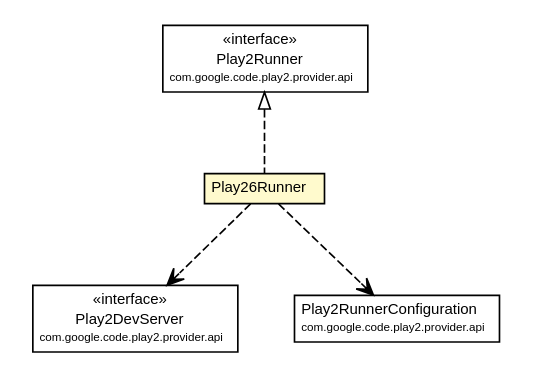
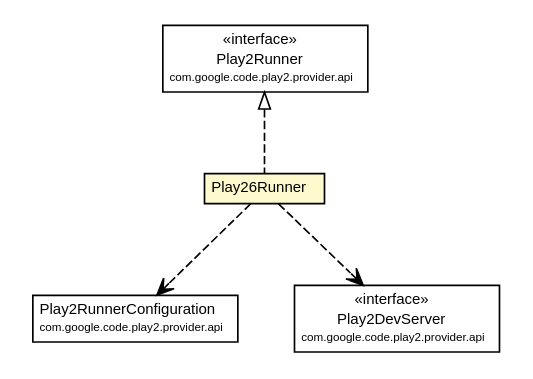
Before and after one commit to play2-maven-plugin/play2-maven-plugin.github.io: the diagram in play2-maven-plugin/1.0.0-beta8-SNAPSHOT/play2-providers/play2-provider-play26/apidocs/com/google/code/play2/provider/play26/Play26Runner.dot, drawn with Graphviz. The commit also changed 548 other files, not shown here.

```diff
--- a/play2-maven-plugin/1.0.0-beta8-SNAPSHOT/play2-providers/play2-provider-play26/apidocs/com/google/code/play2/provider/play26/Play26Runner.dot
+++ b/play2-maven-plugin/1.0.0-beta8-SNAPSHOT/play2-providers/play2-provider-play26/apidocs/com/google/code/play2/provider/play26/Play26Runner.dot
@@ -1,47 +1,47 @@
 #!/usr/local/bin/dot
 #
 # Class diagram 
 # Generated by UMLGraph version R5_6-24-gf6e263 (http://www.umlgraph.org/)
 #
 
 digraph G {
 	edge [fontname="arial",fontsize=10,labelfontname="arial",labelfontsize=10];
 	node [fontname="arial",fontsize=10,shape=plaintext];
 	nodesep=0.25;
 	ranksep=0.5;
 	// com.google.code.play2.provider.play26.Play26Runner
-	c451 [label=<<table title="com.google.code.play2.provider.play26.Play26Runner" border="0" cellborder="1" cellspacing="0" cellpadding="2" port="p" bgcolor="lemonChiffon" href="./Play26Runner.html">
+	c450 [label=<<table title="com.google.code.play2.provider.play26.Play26Runner" border="0" cellborder="1" cellspacing="0" cellpadding="2" port="p" bgcolor="lemonChiffon" href="./Play26Runner.html">
 		<tr><td><table border="0" cellspacing="0" cellpadding="1">
 <tr><td align="center" balign="center"> Play26Runner </td></tr>
 		</table></td></tr>
 		</table>>, URL="./Play26Runner.html", fontname="arial", fontcolor="black", fontsize=9.0];
 	//com.google.code.play2.provider.play26.Play26Runner implements com.google.code.play2.provider.api.Play2Runner
-	c471:p -> c451:p [dir=back,arrowtail=empty,style=dashed];
+	c470:p -> c450:p [dir=back,arrowtail=empty,style=dashed];
+	// com.google.code.play2.provider.play26.Play26Runner DEPEND com.google.code.play2.provider.api.Play2RunnerConfiguration
+	c450:p -> c471:p [taillabel="", label="", headlabel="", fontname="arial", fontcolor="black", fontsize=10.0, color="black", arrowhead=open, style=dashed];
 	// com.google.code.play2.provider.play26.Play26Runner DEPEND com.google.code.play2.provider.api.Play2DevServer
-	c451:p -> c473:p [taillabel="", label="", headlabel="", fontname="arial", fontcolor="black", fontsize=10.0, color="black", arrowhead=open, style=dashed];
-	// com.google.code.play2.provider.play26.Play26Runner DEPEND com.google.code.play2.provider.api.Play2RunnerConfiguration
-	c451:p -> c474:p [taillabel="", label="", headlabel="", fontname="arial", fontcolor="black", fontsize=10.0, color="black", arrowhead=open, style=dashed];
+	c450:p -> c473:p [taillabel="", label="", headlabel="", fontname="arial", fontcolor="black", fontsize=10.0, color="black", arrowhead=open, style=dashed];
 	// com.google.code.play2.provider.api.Play2DevServer
 	c473 [label=<<table title="com.google.code.play2.provider.api.Play2DevServer" border="0" cellborder="1" cellspacing="0" cellpadding="2" port="p">
 		<tr><td><table border="0" cellspacing="0" cellpadding="1">
 <tr><td align="center" balign="center"> &#171;interface&#187; </td></tr>
 <tr><td align="center" balign="center"> Play2DevServer </td></tr>
 <tr><td align="center" balign="center"><font point-size="7.0"> com.google.code.play2.provider.api </font></td></tr>
 		</table></td></tr>
 		</table>>, URL="null", fontname="arial", fontcolor="black", fontsize=9.0];
 	// com.google.code.play2.provider.api.Play2RunnerConfiguration
-	c474 [label=<<table title="com.google.code.play2.provider.api.Play2RunnerConfiguration" border="0" cellborder="1" cellspacing="0" cellpadding="2" port="p">
+	c471 [label=<<table title="com.google.code.play2.provider.api.Play2RunnerConfiguration" border="0" cellborder="1" cellspacing="0" cellpadding="2" port="p">
 		<tr><td><table border="0" cellspacing="0" cellpadding="1">
 <tr><td align="center" balign="center"> Play2RunnerConfiguration </td></tr>
 <tr><td align="center" balign="center"><font point-size="7.0"> com.google.code.play2.provider.api </font></td></tr>
 		</table></td></tr>
 		</table>>, URL="null", fontname="arial", fontcolor="black", fontsize=9.0];
 	// com.google.code.play2.provider.api.Play2Runner
-	c471 [label=<<table title="com.google.code.play2.provider.api.Play2Runner" border="0" cellborder="1" cellspacing="0" cellpadding="2" port="p">
+	c470 [label=<<table title="com.google.code.play2.provider.api.Play2Runner" border="0" cellborder="1" cellspacing="0" cellpadding="2" port="p">
 		<tr><td><table border="0" cellspacing="0" cellpadding="1">
 <tr><td align="center" balign="center"> &#171;interface&#187; </td></tr>
 <tr><td align="center" balign="center"> Play2Runner </td></tr>
 <tr><td align="center" balign="center"><font point-size="7.0"> com.google.code.play2.provider.api </font></td></tr>
 		</table></td></tr>
 		</table>>, URL="null", fontname="arial", fontcolor="black", fontsize=9.0];
 }
```
